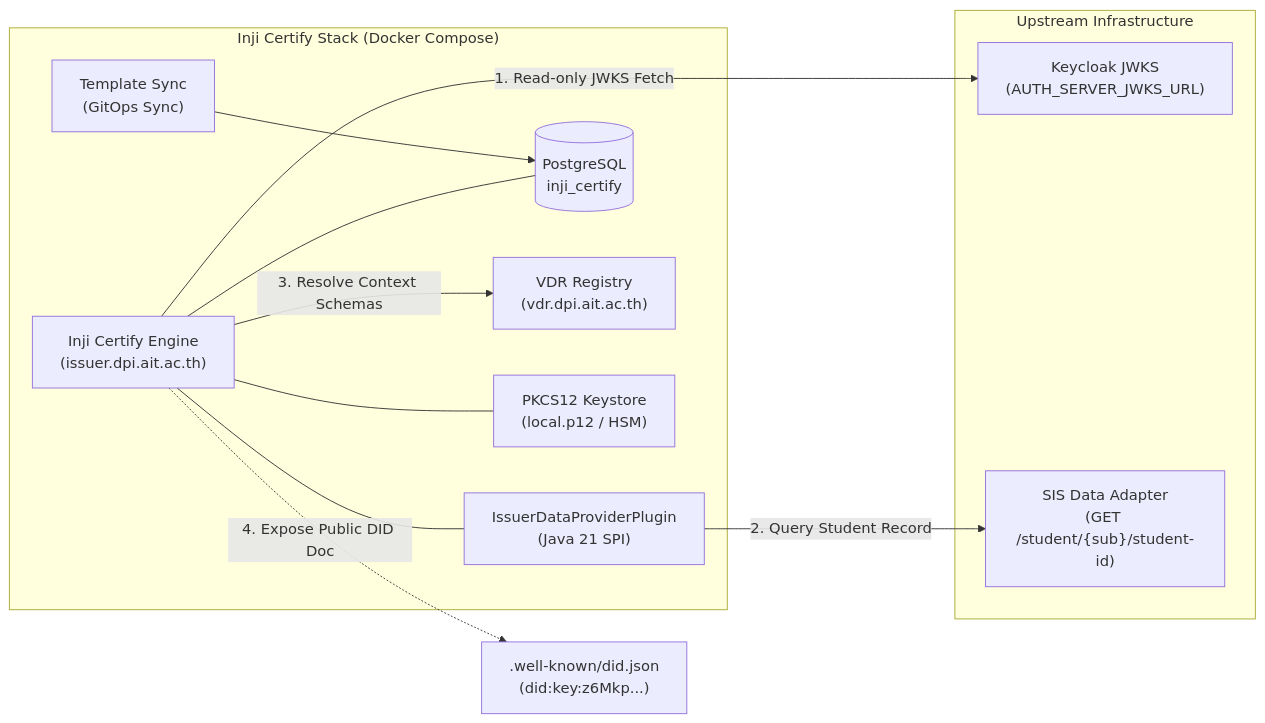
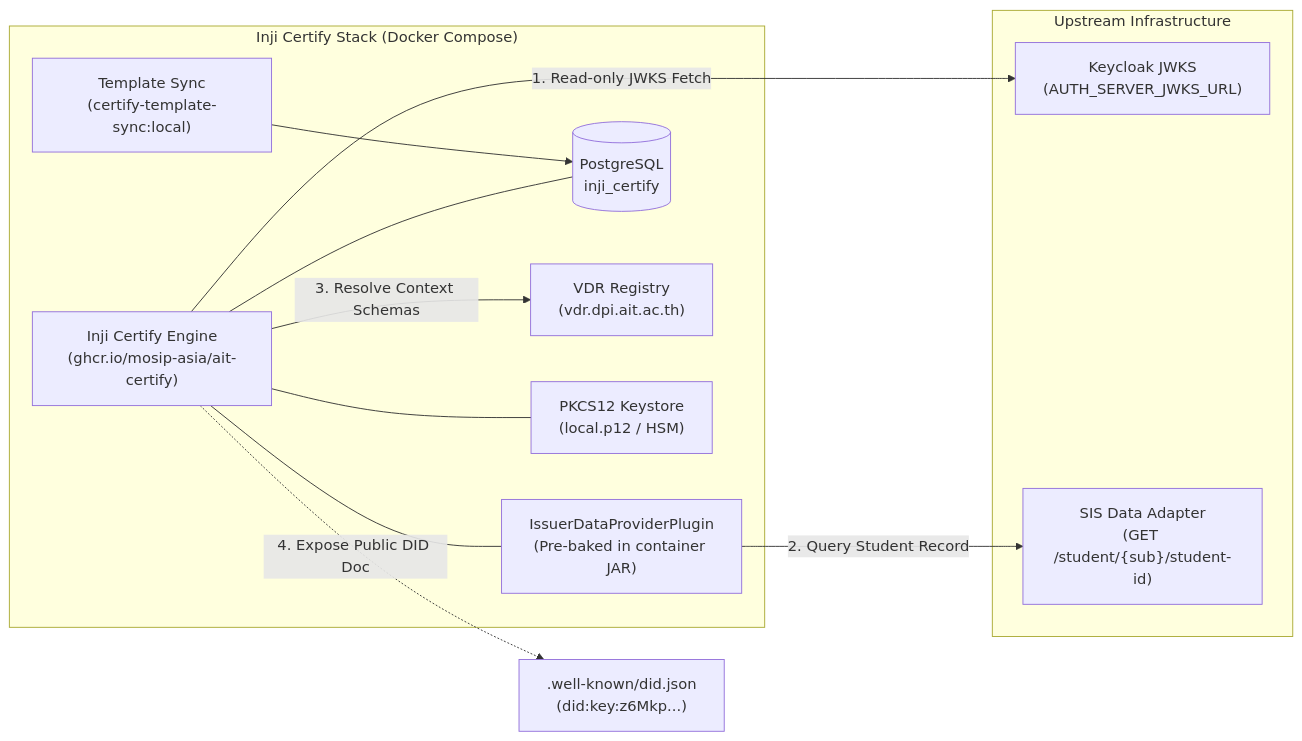
The diagram in docs/guides/day-0-certify.md (mosip-asia/ait-issuer-platform), drawn with Mermaid before and after one commit. The commit also changed other lines of this file and 2 other files, not shown here.

Commit message:
docs(guides): update Day-0 documentation for GHCR images, deploy script, and sparse checkout

````diff
--- a/docs/guides/day-0-certify.md
+++ b/docs/guides/day-0-certify.md
@@ -19,25 +19,25 @@
 ```mermaid
 flowchart LR
     subgraph CertifyStack["Inji Certify Stack (Docker Compose)"]
-        Certify["Inji Certify Engine<br>(issuer.dpi.ait.ac.th)"]
-        Plugin["IssuerDataProviderPlugin<br>(Java 21 SPI)"]
+        Certify["Inji Certify Engine<br>(ghcr.io/mosip-asia/ait-certify)"]
+        Plugin["IssuerDataProviderPlugin<br>(Pre-baked in container JAR)"]
         DB[(PostgreSQL<br>inji_certify)]
-        Sync["Template Sync<br>(GitOps Sync)"]
+        Sync["Template Sync<br>(certify-template-sync:local)"]
         VDR["VDR Registry<br>(vdr.dpi.ait.ac.th)"]
         Keystore["PKCS12 Keystore<br>(local.p12 / HSM)"]
         Certify --- Plugin
         Certify --- DB
         Certify --- Keystore
         Sync --> DB
     end
 
     subgraph Upstream["Upstream Infrastructure"]
         JWKS["Keycloak JWKS<br>(AUTH_SERVER_JWKS_URL)"]
         Adapter["SIS Data Adapter<br>(GET /student/{sub}/student-id)"]
     end
 
     Certify -->|"1. Read-only JWKS Fetch"| JWKS
     Plugin -->|"2. Query Student Record"| Adapter
     Certify -->|"3. Resolve Context Schemas"| VDR
     Certify -.->|"4. Expose Public DID Doc"| DID[".well-known/did.json<br>(did:key:z6Mkp...)"]
 ```
````
